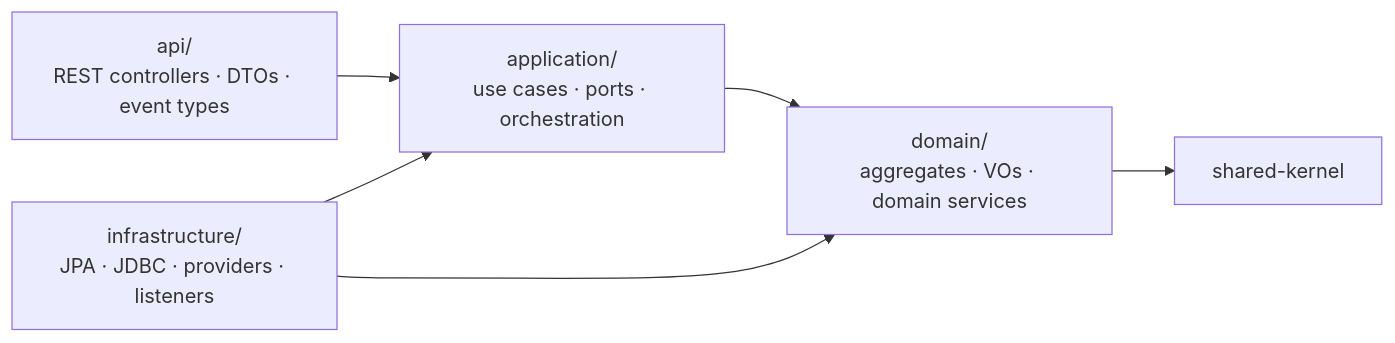
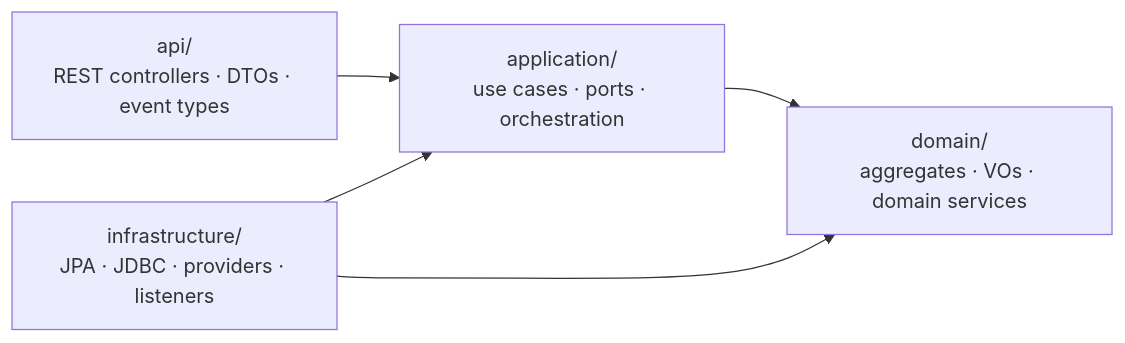
The third of 3 diagrams in SolutionArchitecture/02-backend/Module Dependency Diagram.md (phuchoang-ecommerce-org/docs), drawn with Mermaid before and after one commit. The commit also changed other lines of this file and 2 other files, not shown here.

````diff
--- a/SolutionArchitecture/02-backend/Module Dependency Diagram.md
+++ b/SolutionArchitecture/02-backend/Module Dependency Diagram.md
@@ -218,8 +230,7 @@
 ```mermaid
 flowchart LR
     Web["api/<br/>REST controllers · DTOs · event types"] --> App["application/<br/>use cases · ports · orchestration"]
     App --> Domain["domain/<br/>aggregates · VOs · domain services"]
     Infra["infrastructure/<br/>JPA · JDBC · providers · listeners"] --> App
     Infra --> Domain
-    Domain --> Kernel["shared-kernel"]
 ```
````
